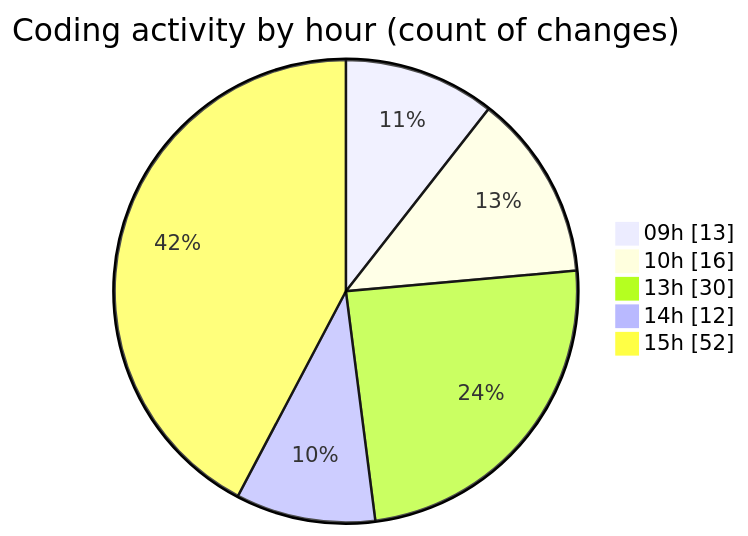
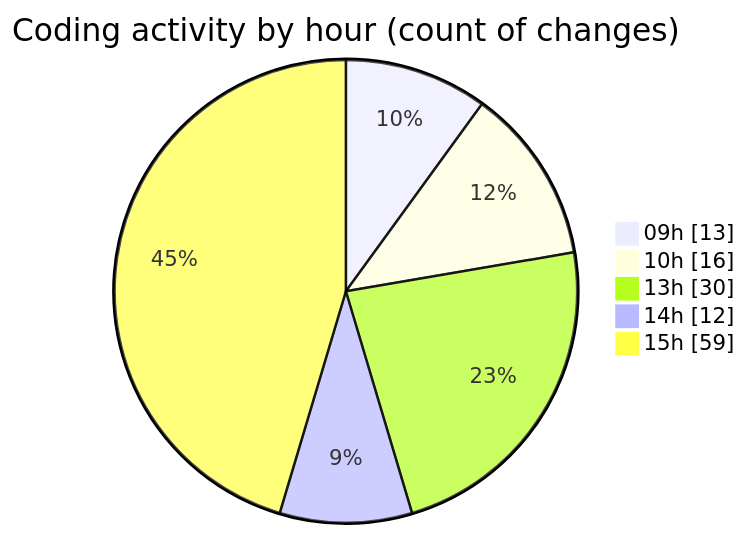
One commit to momahboobian/code-tracking changed the second of 2 diagrams in 2025-03-31/cda/README.md. Above: the diagram before and after it, drawn with Mermaid. The commit also changed other lines of this file and 1 other file, not shown here.

````diff
--- a/2025-03-31/cda/README.md
+++ b/2025-03-31/cda/README.md
@@ -40,9 +40,9 @@
 ```mermaid
 pie showData
 title Coding activity by hour (count of changes)
 "09h" : 13
 "10h" : 16
 "13h" : 30
 "14h" : 12
-"15h" : 52
+"15h" : 59
 ```
````
